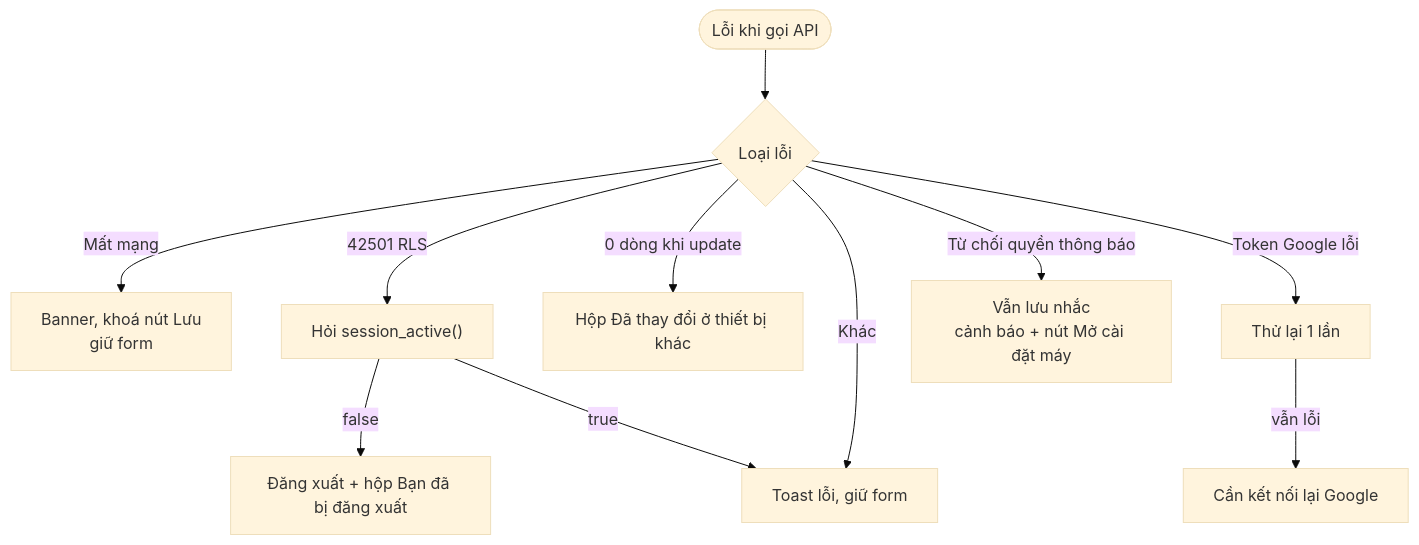
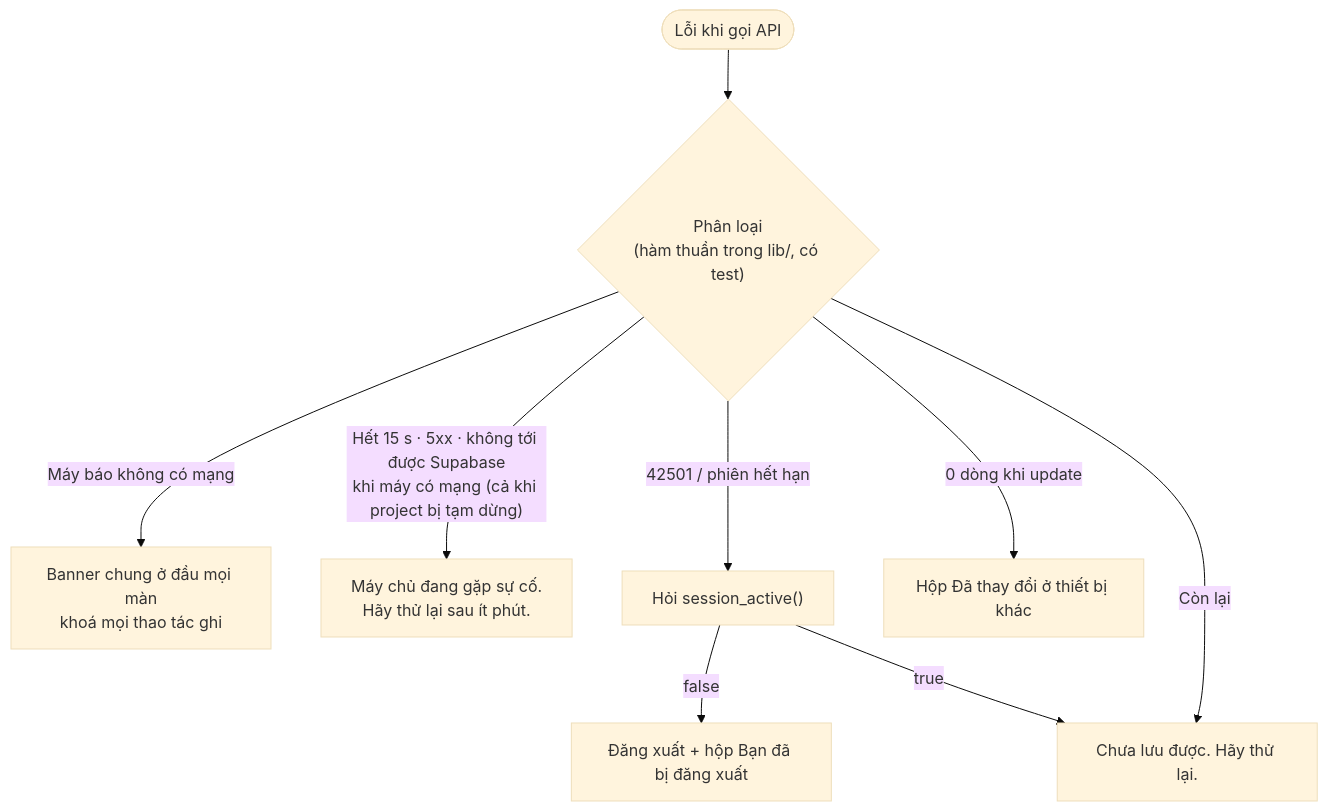
The diagram in docs/specs/architecture/errors.md (danhbuidcn/daynest), drawn with Mermaid (base theme) before and after one commit. The commit also changed other lines of this file and 13 other files, not shown here.

Commit message:
docs: architecture per latest spec

````diff
--- a/docs/specs/architecture/errors.md
+++ b/docs/specs/architecture/errors.md
@@ -7,12 +7,11 @@
 ```mermaid
 flowchart TD
-  Err(["Lỗi khi gọi API"]) --> Kind{"Loại lỗi"}
-  Kind -->|"Mất mạng"| Net["Banner, khoá nút Lưu<br/>giữ form"]
-  Kind -->|"42501 RLS"| Rls["Hỏi session_active()"]
+  Err(["Lỗi khi gọi API"]) --> Kind{"Phân loại<br/>(hàm thuần trong lib/, có test)"}
+  Kind -->|"Máy báo không có mạng"| Net["Banner chung ở đầu mọi màn<br/>khoá mọi thao tác ghi"]
+  Kind -->|"Hết 15 s · 5xx · không tới được Supabase<br/>khi máy có mạng (cả khi project bị tạm dừng)"| Server["Máy chủ đang gặp sự cố.<br/>Hãy thử lại sau ít phút."]
+  Kind -->|"42501 / phiên hết hạn"| Rls["Hỏi session_active()"]
   Rls -->|false| Kick["Đăng xuất + hộp Bạn đã bị đăng xuất"]
-  Rls -->|true| Toast["Toast lỗi, giữ form"]
+  Rls -->|true| Other
   Kind -->|"0 dòng khi update"| Conf["Hộp Đã thay đổi ở thiết bị khác"]
-  Kind -->|"Token Google lỗi"| Retry["Thử lại 1 lần"] -->|"vẫn lỗi"| Reconnect["Cần kết nối lại Google"]
-  Kind -->|"Từ chối quyền thông báo"| Perm["Vẫn lưu nhắc<br/>cảnh báo + nút Mở cài đặt máy"]
-  Kind -->|"Khác"| Toast
+  Kind -->|"Còn lại"| Other["Chưa lưu được. Hãy thử lại."]
 ```
````
